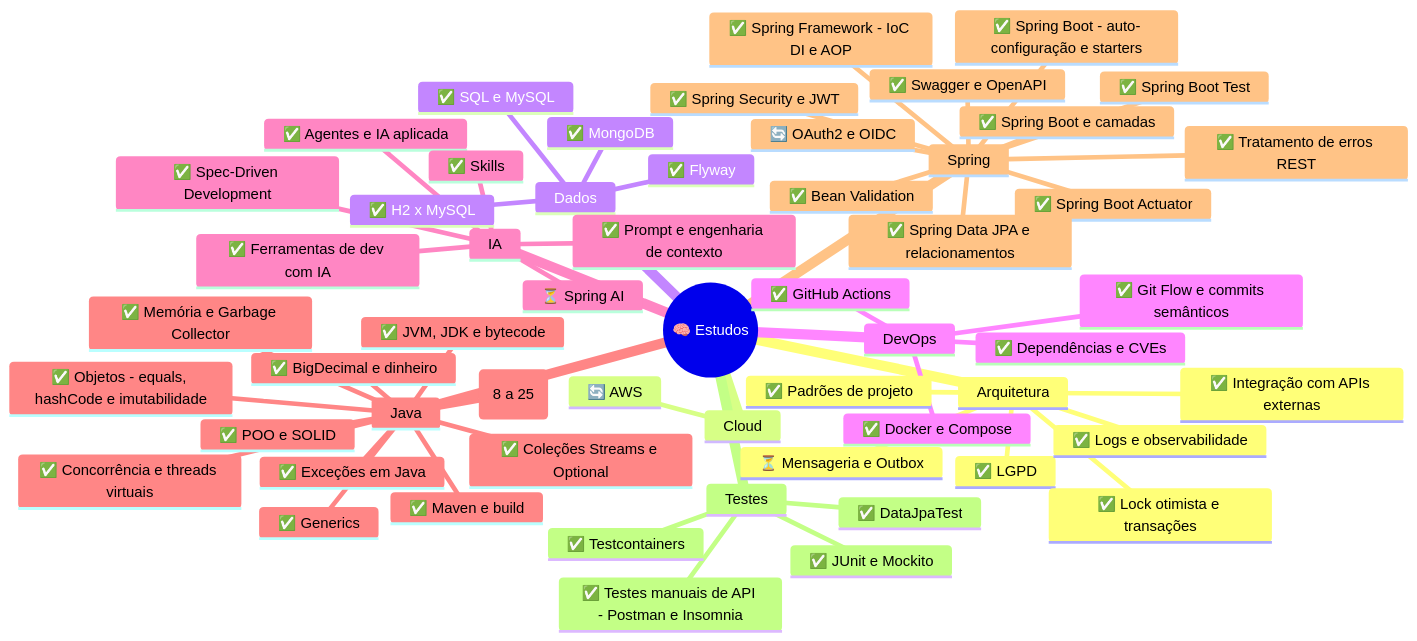
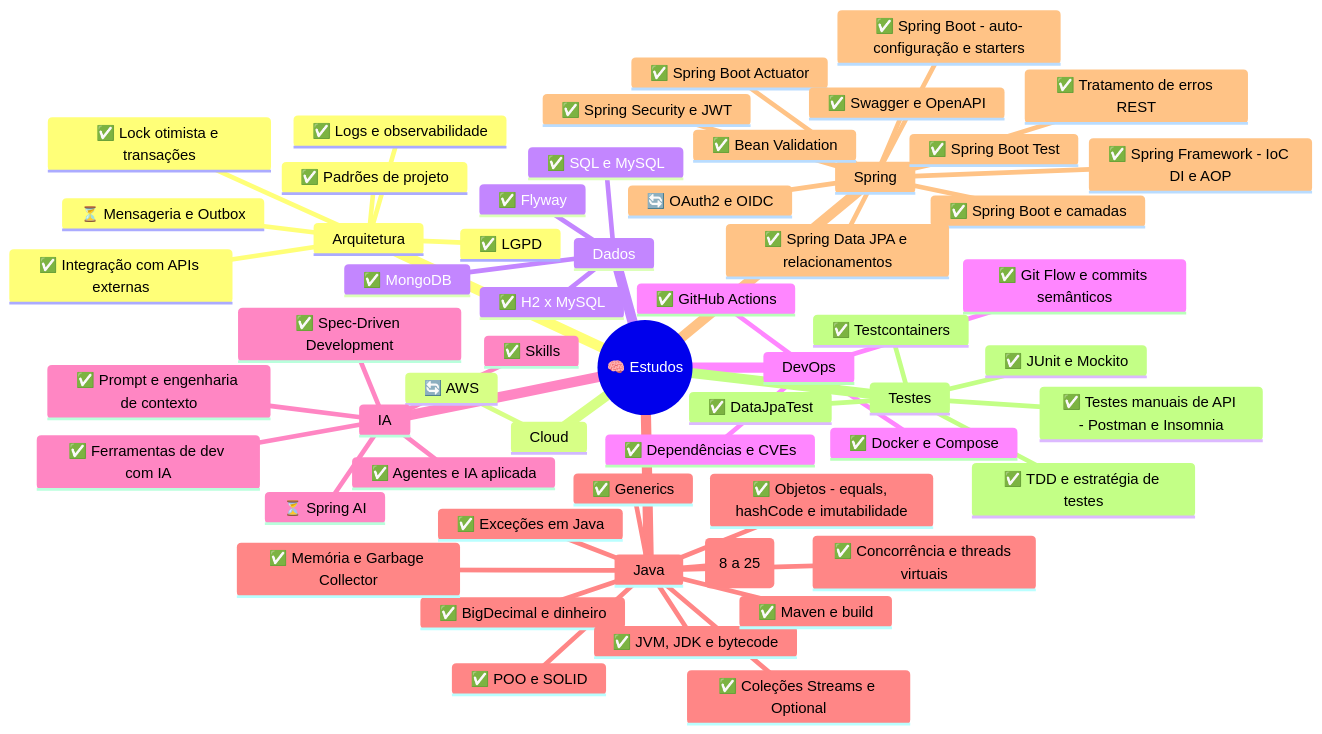
One commit to k3vinrich4rd/k3vinrich4rd changed diagram 16 of 20 in README.md. Above: the diagram before and after it, drawn with Mermaid. The commit also changed other lines of this file and 23 other files, not shown here.

````diff
--- a/README.md
+++ b/README.md
@@ -1764,59 +1768,60 @@
 ```mermaid
 mindmap
   root((🧠 Estudos))
     Arquitetura
       ✅ Integração com APIs externas
       ✅ LGPD
       ✅ Lock otimista e transações
       ✅ Logs e observabilidade
       ⏳ Mensageria e Outbox
       ✅ Padrões de projeto
     Cloud
       🔄 AWS
     Dados
       ✅ Flyway
       ✅ H2 x MySQL
       ✅ MongoDB
       ✅ SQL e MySQL
     DevOps
       ✅ Dependências e CVEs
       ✅ Docker e Compose
       ✅ Git Flow e commits semânticos
       ✅ GitHub Actions
     IA
       ✅ Agentes e IA aplicada
       ✅ Ferramentas de dev com IA
       ✅ Prompt e engenharia de contexto
       ✅ Skills
       ✅ Spec-Driven Development
       ⏳ Spring AI
     Java
       ✅ BigDecimal e dinheiro
       ✅ Coleções Streams e Optional
       ✅ Concorrência e threads virtuais
       ✅ Exceções em Java
       ✅ Generics
       ✅ JVM, JDK e bytecode
       ✅ Java moderno (8 a 25)
       ✅ Maven e build
       ✅ Memória e Garbage Collector
       ✅ Objetos - equals, hashCode e imutabilidade
       ✅ POO e SOLID
     Spring
       ✅ Bean Validation
       🔄 OAuth2 e OIDC
       ✅ Spring Boot - auto-configuração e starters
       ✅ Spring Boot Actuator
       ✅ Spring Boot Test
       ✅ Spring Boot e camadas
       ✅ Spring Data JPA e relacionamentos
       ✅ Spring Framework - IoC DI e AOP
       ✅ Spring Security e JWT
       ✅ Swagger e OpenAPI
       ✅ Tratamento de erros REST
     Testes
       ✅ DataJpaTest
       ✅ JUnit e Mockito
+      ✅ TDD e estratégia de testes
       ✅ Testcontainers
       ✅ Testes manuais de API - Postman e Insomnia
 ```
````
